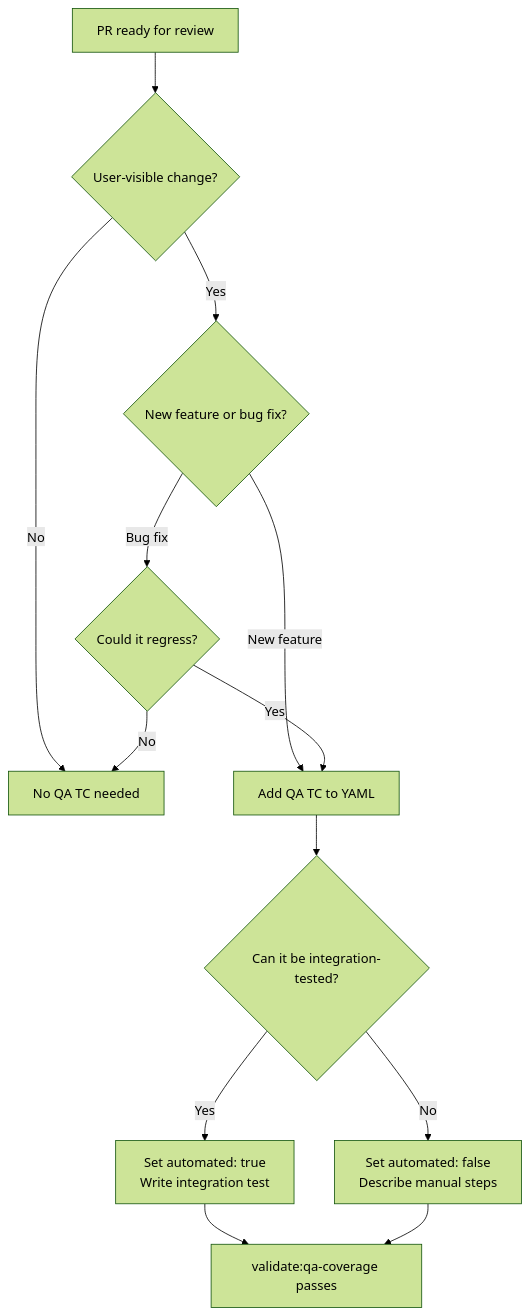
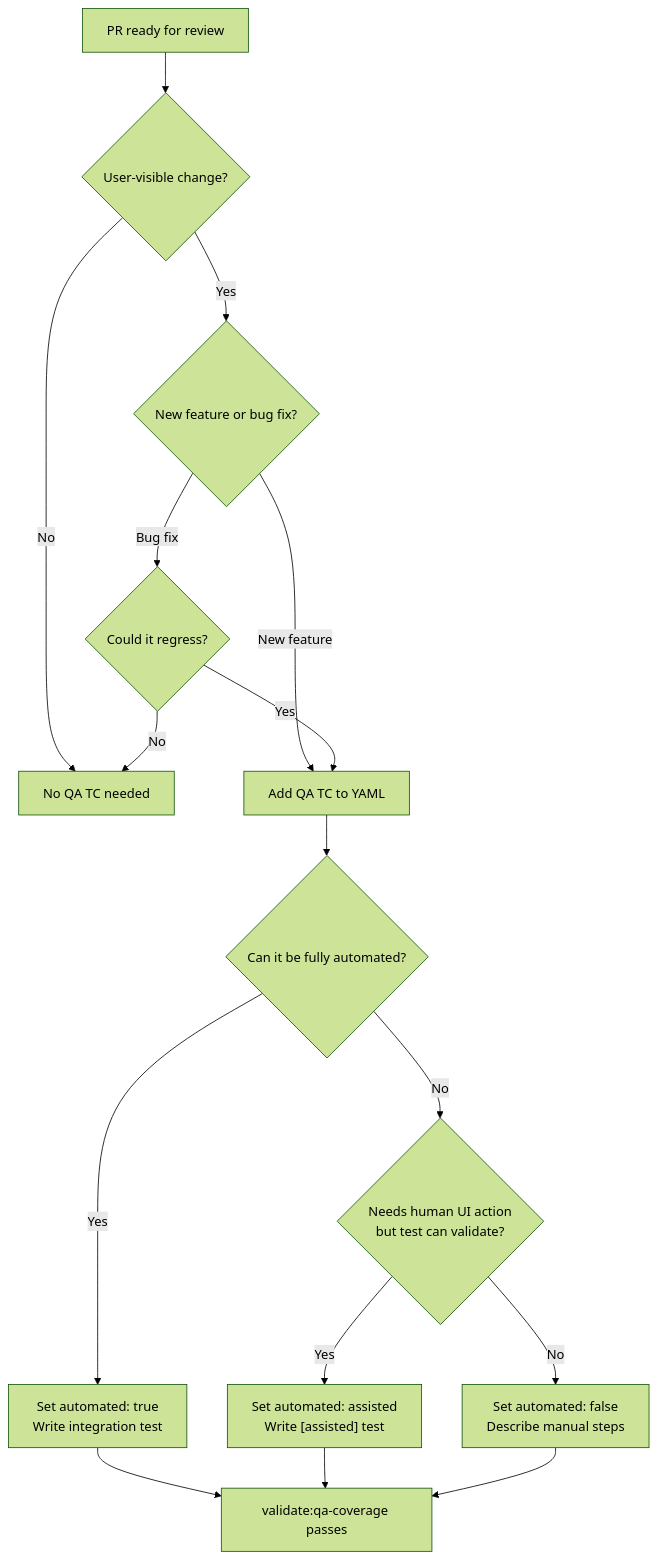
One commit to couimet/rangeLink changed the second of 2 diagrams in packages/rangelink-vscode-extension/TESTING.md. Above: the diagram before and after it, drawn with Mermaid (forest theme). The commit also changed other lines of this file and 26 other files, not shown here.

First line of the commit message:
[issues/501] Build assisted mode for `automated: false` release tests (#503)

````diff
--- a/packages/rangelink-vscode-extension/TESTING.md
+++ b/packages/rangelink-vscode-extension/TESTING.md
@@ -137,15 +188,18 @@
 ```mermaid
 flowchart TD
     A[PR ready for review] --> B{User-visible change?}
     B -- No --> C[No QA TC needed]
     B -- Yes --> D{New feature or bug fix?}
     D -- New feature --> E[Add QA TC to YAML]
     D -- Bug fix --> F{Could it regress?}
     F -- No --> C
     F -- Yes --> E
-    E --> G{Can it be integration-tested?}
+    E --> G{Can it be fully automated?}
     G -- Yes --> H["Set automated: true<br/>Write integration test"]
-    G -- No --> I["Set automated: false<br/>Describe manual steps"]
+    G -- No --> K{Needs human UI action<br/>but test can validate?}
+    K -- Yes --> L["Set automated: assisted<br/>Write [assisted] test"]
+    K -- No --> I["Set automated: false<br/>Describe manual steps"]
     H --> J[validate:qa-coverage passes]
+    L --> J
     I --> J
 ```
````
